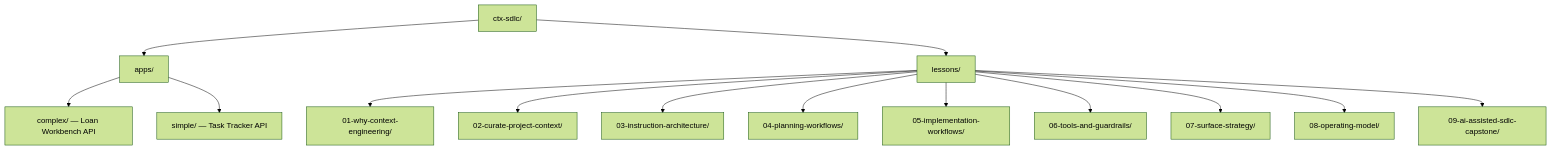
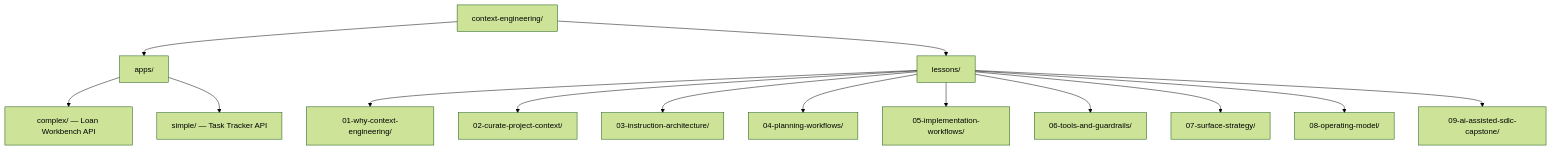
The diagram in ctx-sdlc/ghctx-tut/README.md (nilayparikh/tuts-agentic-ai-examples), drawn with Mermaid (forest theme) before and after one commit. The commit also changed other lines of this file and 47 other files, not shown here.

First line of the commit message:
Refactor paths and names for context engineering consistency

````diff
--- a/ctx-sdlc/ghctx-tut/README.md
+++ b/ctx-sdlc/ghctx-tut/README.md
@@ -221,16 +221,16 @@
 ```mermaid
 graph TD
-    A["ctx-sdlc/"] --> B["apps/"]
+    A["context-engineering/"] --> B["apps/"]
     A --> C["lessons/"]
     B --> D["complex/ — Loan Workbench API"]
     B --> E["simple/ — Task Tracker API"]
     C --> F["01-why-context-engineering/"]
     C --> F2["02-curate-project-context/"]
     C --> G["03-instruction-architecture/"]
     C --> H["04-planning-workflows/"]
     C --> I["05-implementation-workflows/"]
     C --> J["06-tools-and-guardrails/"]
     C --> K["07-surface-strategy/"]
     C --> L["08-operating-model/"]
     C --> M["09-ai-assisted-sdlc-capstone/"]
 ```
````
